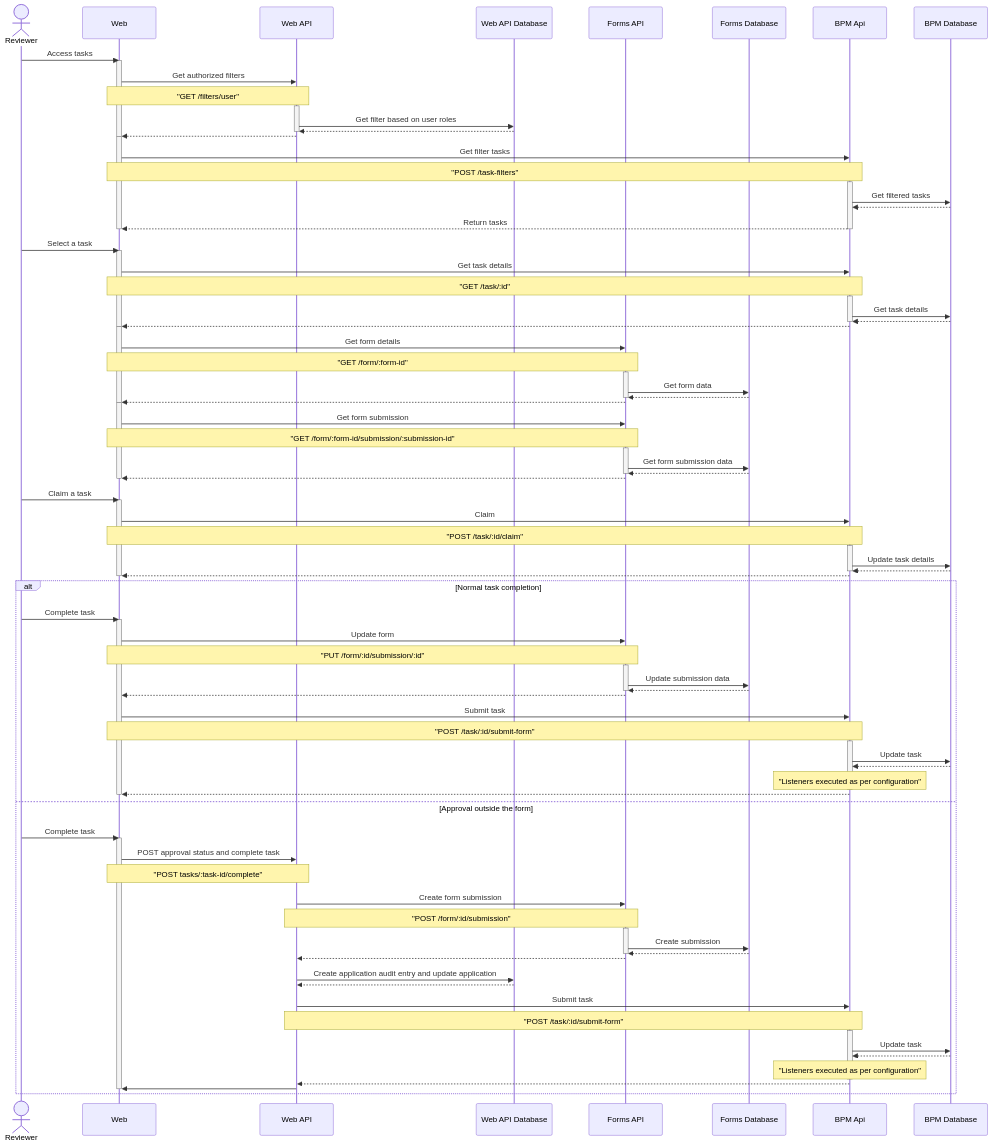
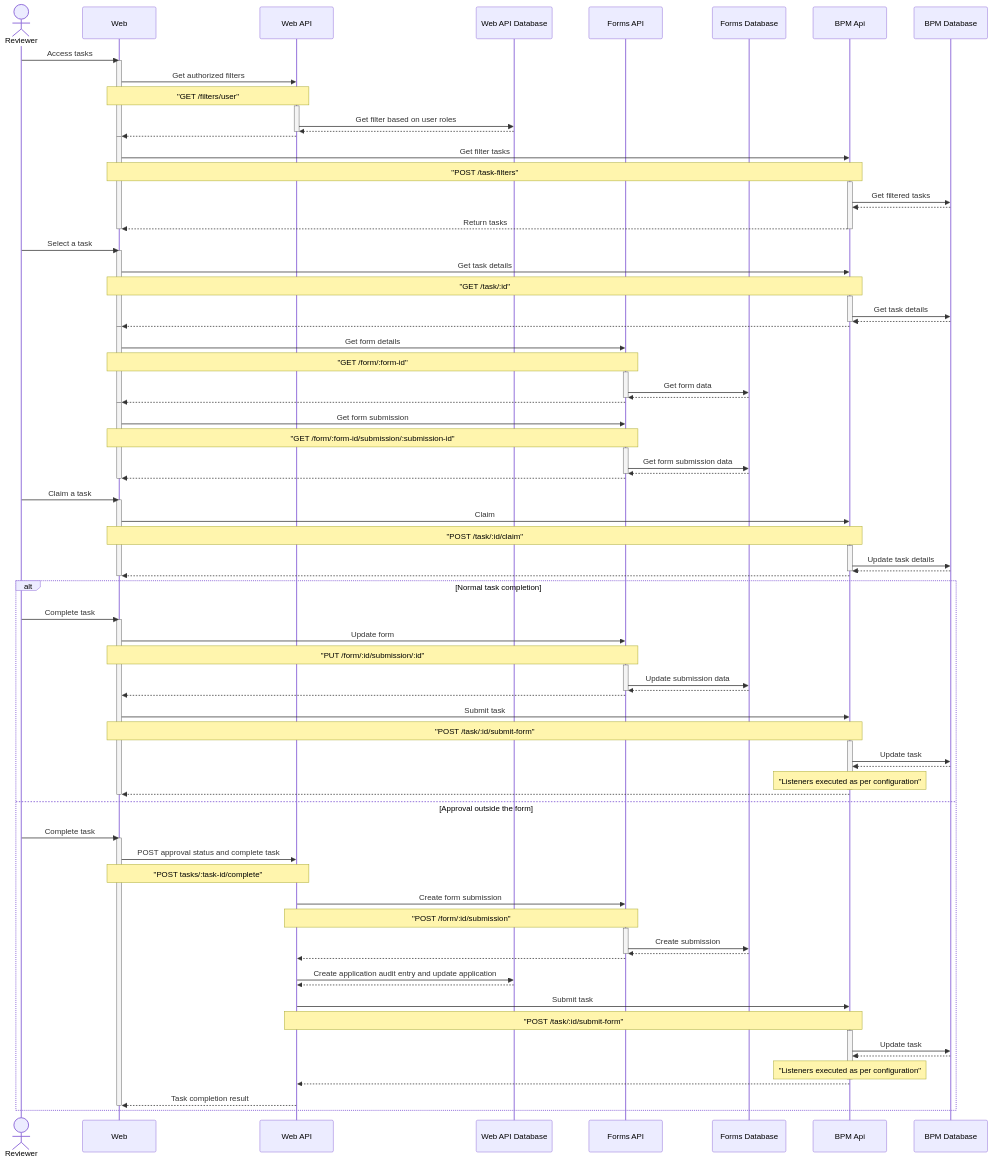
Before and after one commit to AOT-Technologies/forms-flow-ai: the diagram in docs/sequence-diagrams/reviewer-flow.md, drawn with Mermaid. The commit also changed 1 other file, not shown here.

Commit message:
FWF-5361: [Documentation] PR agent comment fixes

```diff
--- a/docs/sequence-diagrams/reviewer-flow.md
+++ b/docs/sequence-diagrams/reviewer-flow.md
@@ -122,7 +122,7 @@
         bpm-api -->> web-api:
     
         
-        web-api ->> web:
+        web-api -->> web: Task completion result
         deactivate web
   end
     
```
